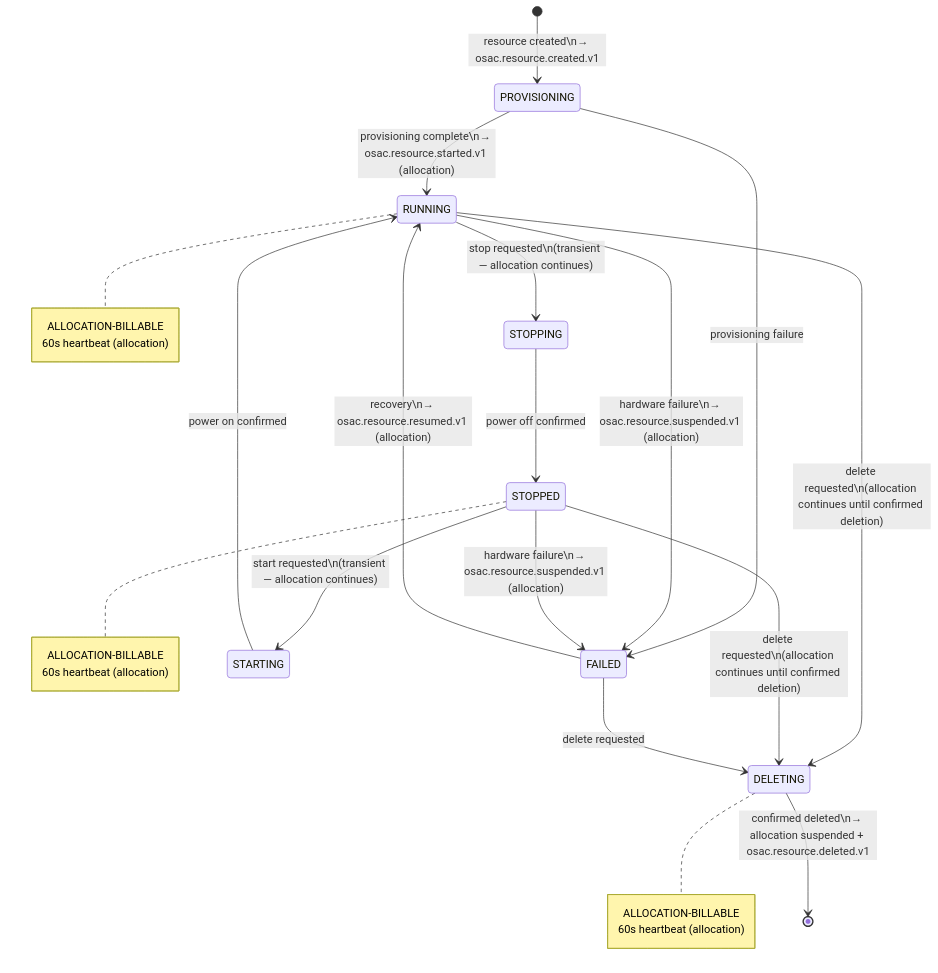
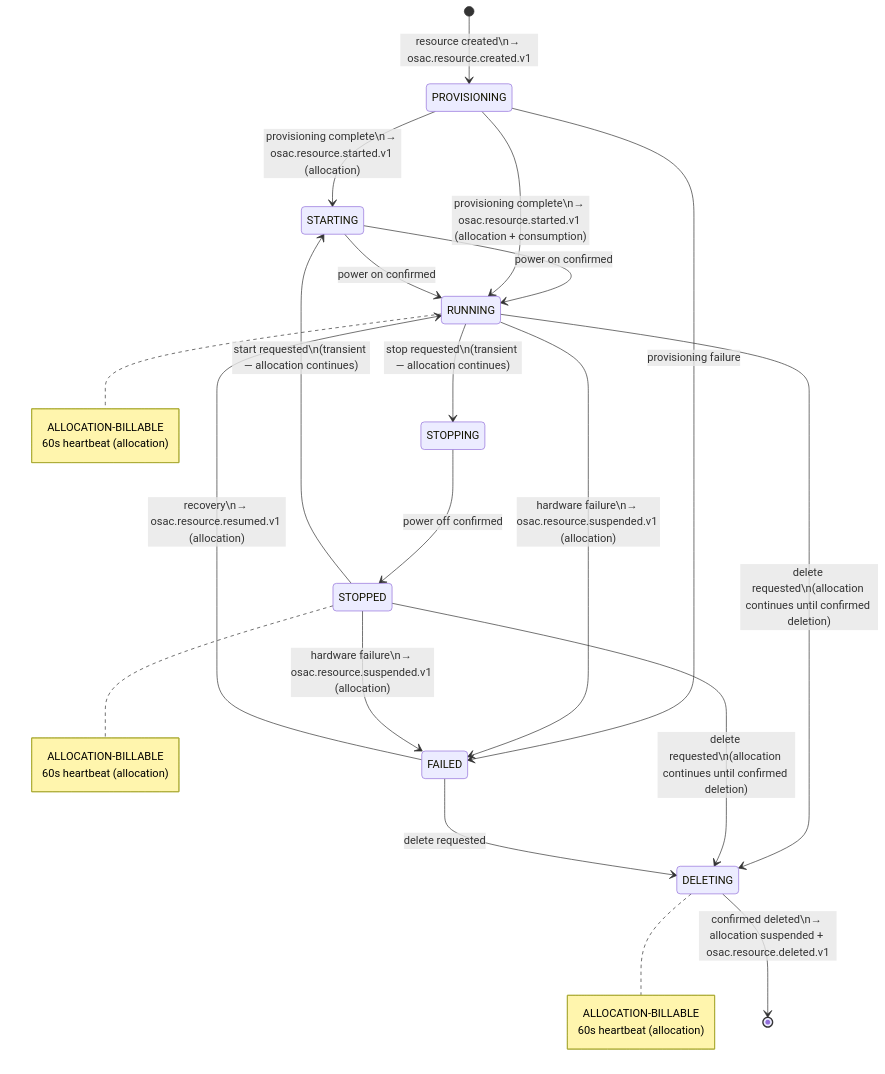
Before and after one commit to osac-project/enhancement-proposals: the second of 3 diagrams in enhancements/OSAC-2506-metering-bmaas/design.md, drawn with Mermaid. The commit also changed other lines of this file, not shown here.

Commit message:
OSAC-2506: start allocation at provisioning completion

````diff
--- a/enhancements/OSAC-2506-metering-bmaas/design.md
+++ b/enhancements/OSAC-2506-metering-bmaas/design.md
@@ -389,39 +392,41 @@
 ```mermaid
 stateDiagram-v2
     [*] --> PROVISIONING : resource created\n→ osac.resource.created.v1
 
-    PROVISIONING --> RUNNING : provisioning complete\n→ osac.resource.started.v1 (allocation)
+    PROVISIONING --> STARTING : provisioning complete\n→ osac.resource.started.v1 (allocation)
+    STARTING --> RUNNING : power on confirmed
+    PROVISIONING --> RUNNING : provisioning complete\n→ osac.resource.started.v1 (allocation + consumption)
     PROVISIONING --> FAILED : provisioning failure
 
     RUNNING --> STOPPING : stop requested\n(transient — allocation continues)
     RUNNING --> FAILED : hardware failure\n→ osac.resource.suspended.v1 (allocation)
     RUNNING --> DELETING : delete requested\n(allocation continues until confirmed deletion)
 
     note right of RUNNING
         ALLOCATION-BILLABLE
         60s heartbeat (allocation)
     end note
 
     STOPPING --> STOPPED : power off confirmed
 
     note right of STOPPED
         ALLOCATION-BILLABLE
         60s heartbeat (allocation)
     end note
 
     STOPPED --> STARTING : start requested\n(transient — allocation continues)
     STOPPED --> FAILED : hardware failure\n→ osac.resource.suspended.v1 (allocation)
     STOPPED --> DELETING : delete requested\n(allocation continues until confirmed deletion)
 
     STARTING --> RUNNING : power on confirmed
 
     FAILED --> RUNNING : recovery\n→ osac.resource.resumed.v1 (allocation)
     FAILED --> DELETING : delete requested
 
     note right of DELETING
         ALLOCATION-BILLABLE
         60s heartbeat (allocation)
     end note
 
     DELETING --> [*] : confirmed deleted\n→ allocation suspended + osac.resource.deleted.v1
 ```
````
